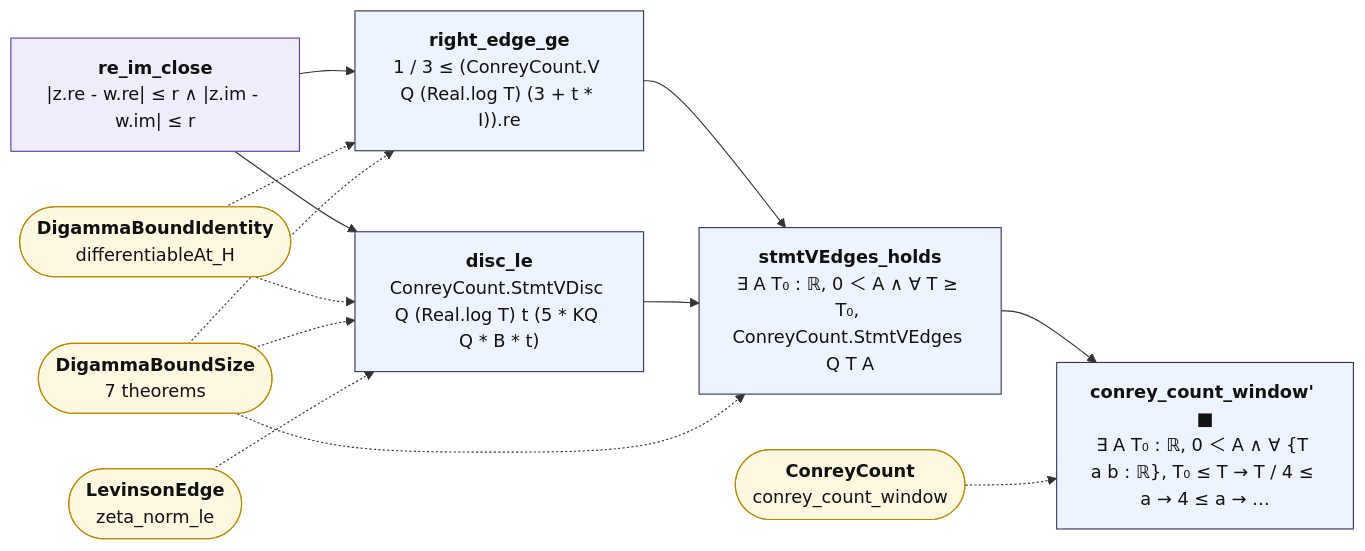
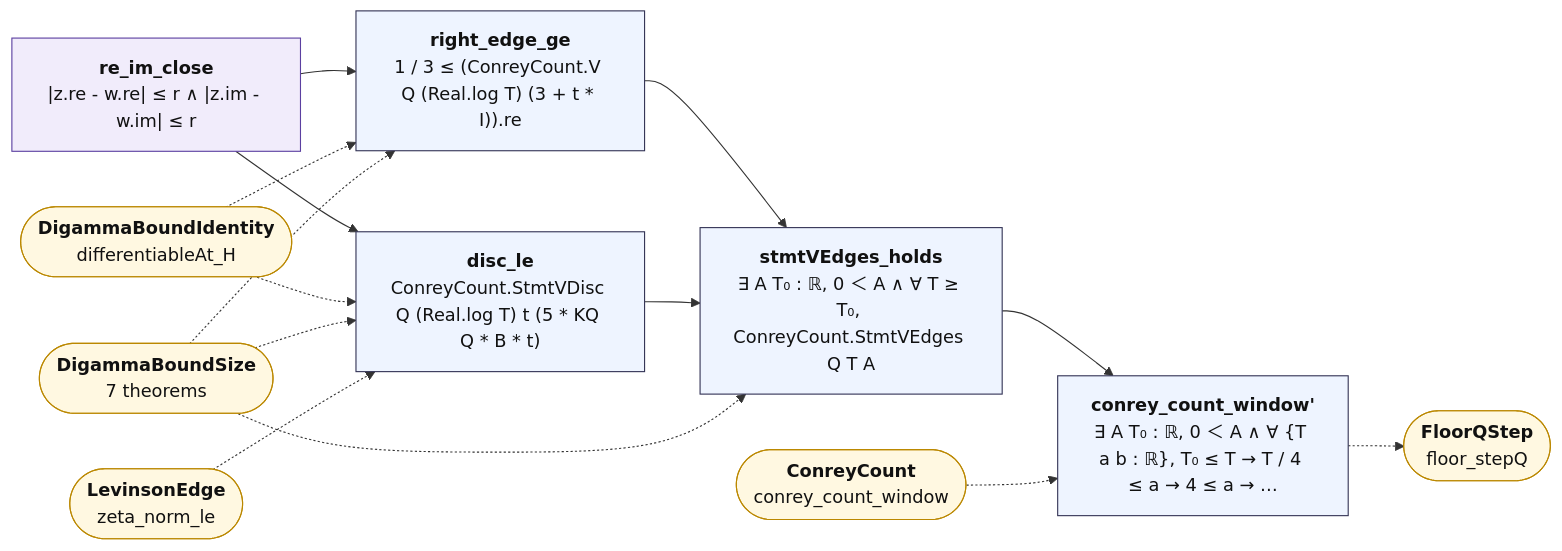
The diagram in map/lean_stage3/DigammaBound.md (juliansambranojr/Primebeat_081426), drawn with Mermaid before and after one commit. The commit also changed other lines of this file and 70 other files, not shown here.

````diff
--- a/map/lean_stage3/DigammaBound.md
+++ b/map/lean_stage3/DigammaBound.md
@@ -14,32 +14,34 @@
 ```mermaid
 flowchart LR
   n0["<b>re_im_close</b><br/>|z.re - w.re| ≤ r ∧ |z.im - w.im| ≤ r"]:::shp
   n1["<b>right_edge_ge</b><br/>1 / 3 ≤ (ConreyCount.V Q (Real.log T) (3 + t * I)).re"]:::thm
   n2["<b>disc_le</b><br/>ConreyCount.StmtVDisc Q (Real.log T) t (5 * KQ Q * B * t)"]:::thm
   n3["<b>stmtVEdges_holds</b><br/>∃ A T₀ : ℝ, 0 ＜ A ∧ ∀ T ≥ T₀, ConreyCount.StmtVEdges Q T A"]:::thm
-  n4["<b>conrey_count_window' ■</b><br/>∃ A T₀ : ℝ, 0 ＜ A ∧ ∀ {T a b : ℝ}, T₀ ≤ T → T / 4 ≤ a → 4 ≤ a → …"]:::thm
+  n4["<b>conrey_count_window'</b><br/>∃ A T₀ : ℝ, 0 ＜ A ∧ ∀ {T a b : ℝ}, T₀ ≤ T → T / 4 ≤ a → 4 ≤ a → …"]:::thm
   x0(["<b>DigammaBoundIdentity</b><br/>differentiableAt_H"]):::ext
   x1(["<b>DigammaBoundSize</b><br/>7 theorems"]):::ext
   x2(["<b>LevinsonEdge</b><br/>zeta_norm_le"]):::ext
   x3(["<b>ConreyCount</b><br/>conrey_count_window"]):::ext
+  x4(["<b>FloorQStep</b><br/>floor_stepQ"]):::ext
   n0 --> n1
   n0 --> n2
   n1 --> n3
   n2 --> n3
   n3 --> n4
+  n4 -.-> x4
   x0 -.-> n1
   x0 -.-> n2
   x1 -.-> n1
   x1 -.-> n2
   x1 -.-> n3
   x2 -.-> n2
   x3 -.-> n4
   classDef cnt fill:#dff5ec,stroke:#17694a,color:#111
   classDef shp fill:#f1ecfb,stroke:#5b3fa0,color:#111
   classDef rh fill:#ffe5e5,stroke:#c22,color:#111,stroke-width:2px
   classDef thm fill:#eef4ff,stroke:#335,color:#111
   classDef end_ fill:#e7f7e7,stroke:#2a7,color:#111,stroke-width:2px
   classDef lone fill:#fff,stroke:#999,color:#111,stroke-dasharray:4 3
   classDef bad fill:#ffe5e5,stroke:#c22,color:#111,stroke-width:2px
   classDef ext fill:#fff8e1,stroke:#b80,color:#111
 ```
````
